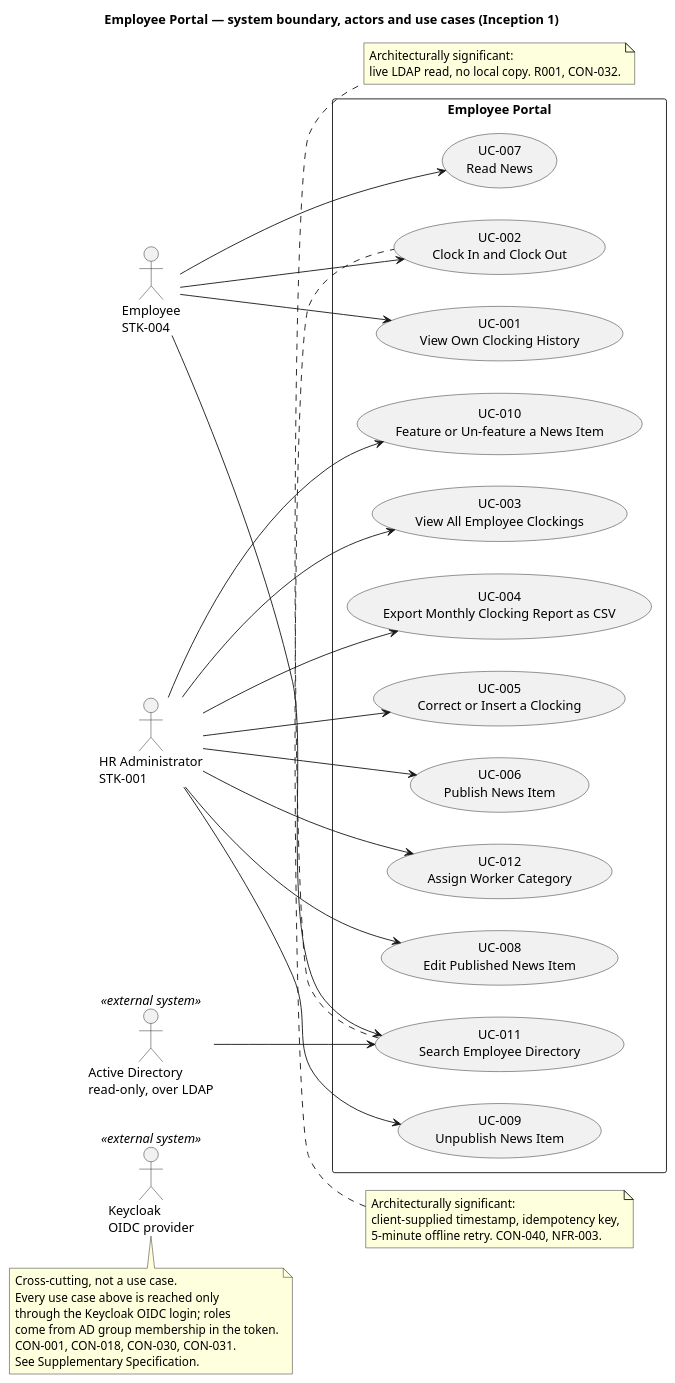
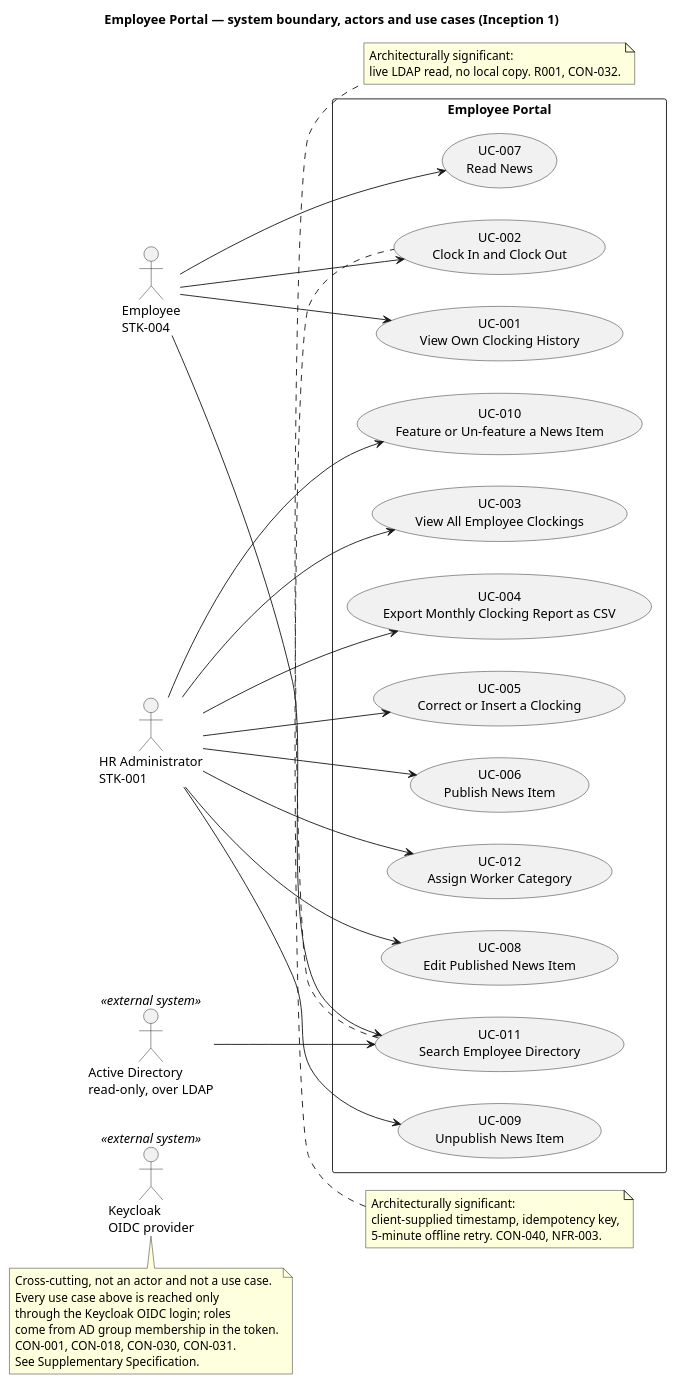
One commit to banense-test/portal changed the first of 6 diagrams in docs/artifacts/requirements/use-case-model.md. Above: the diagram before and after it, drawn with PlantUML. The commit also changed other lines of this file, not shown here.

Commit message:
System Analyst [I1]: upsert Use-Case Model
[skip ci]

````diff
--- a/docs/artifacts/requirements/use-case-model.md
+++ b/docs/artifacts/requirements/use-case-model.md
@@ -12,62 +11,62 @@
 ```plantuml
 @startuml
 title Employee Portal — system boundary, actors and use cases (Inception 1)
 
 left to right direction
 skinparam packageStyle rectangle
 
 actor "Employee\nSTK-004" as EMP
 actor "HR Administrator\nSTK-001" as HR
 actor "Active Directory\nread-only, over LDAP" as AD <<external system>>
 actor "Keycloak\nOIDC provider" as KC <<external system>>
 
 rectangle "Employee Portal" {
   usecase "UC-001\nView Own Clocking History" as UC001
   usecase "UC-002\nClock In and Clock Out" as UC002
   usecase "UC-003\nView All Employee Clockings" as UC003
   usecase "UC-004\nExport Monthly Clocking Report as CSV" as UC004
   usecase "UC-005\nCorrect or Insert a Clocking" as UC005
   usecase "UC-006\nPublish News Item" as UC006
   usecase "UC-007\nRead News" as UC007
   usecase "UC-008\nEdit Published News Item" as UC008
   usecase "UC-009\nUnpublish News Item" as UC009
   usecase "UC-010\nFeature or Un-feature a News Item" as UC010
   usecase "UC-011\nSearch Employee Directory" as UC011
   usecase "UC-012\nAssign Worker Category" as UC012
 }
 
 EMP --> UC001
 EMP --> UC002
 EMP --> UC007
 EMP --> UC011
 HR --> UC003
 HR --> UC004
 HR --> UC005
 HR --> UC006
 HR --> UC008
 HR --> UC009
 HR --> UC010
 HR --> UC012
 AD --> UC011
 
 note bottom of KC
-  Cross-cutting, not a use case.
+  Cross-cutting, not an actor and not a use case.
   Every use case above is reached only
   through the Keycloak OIDC login; roles
   come from AD group membership in the token.
   CON-001, CON-018, CON-030, CON-031.
   See Supplementary Specification.
 end note
 
 note top of UC002
   Architecturally significant:
   client-supplied timestamp, idempotency key,
   5-minute offline retry. CON-040, NFR-003.
 end note
 
 note bottom of UC011
   Architecturally significant:
   live LDAP read, no local copy. R001, CON-032.
 end note
 @enduml
 ```
````
